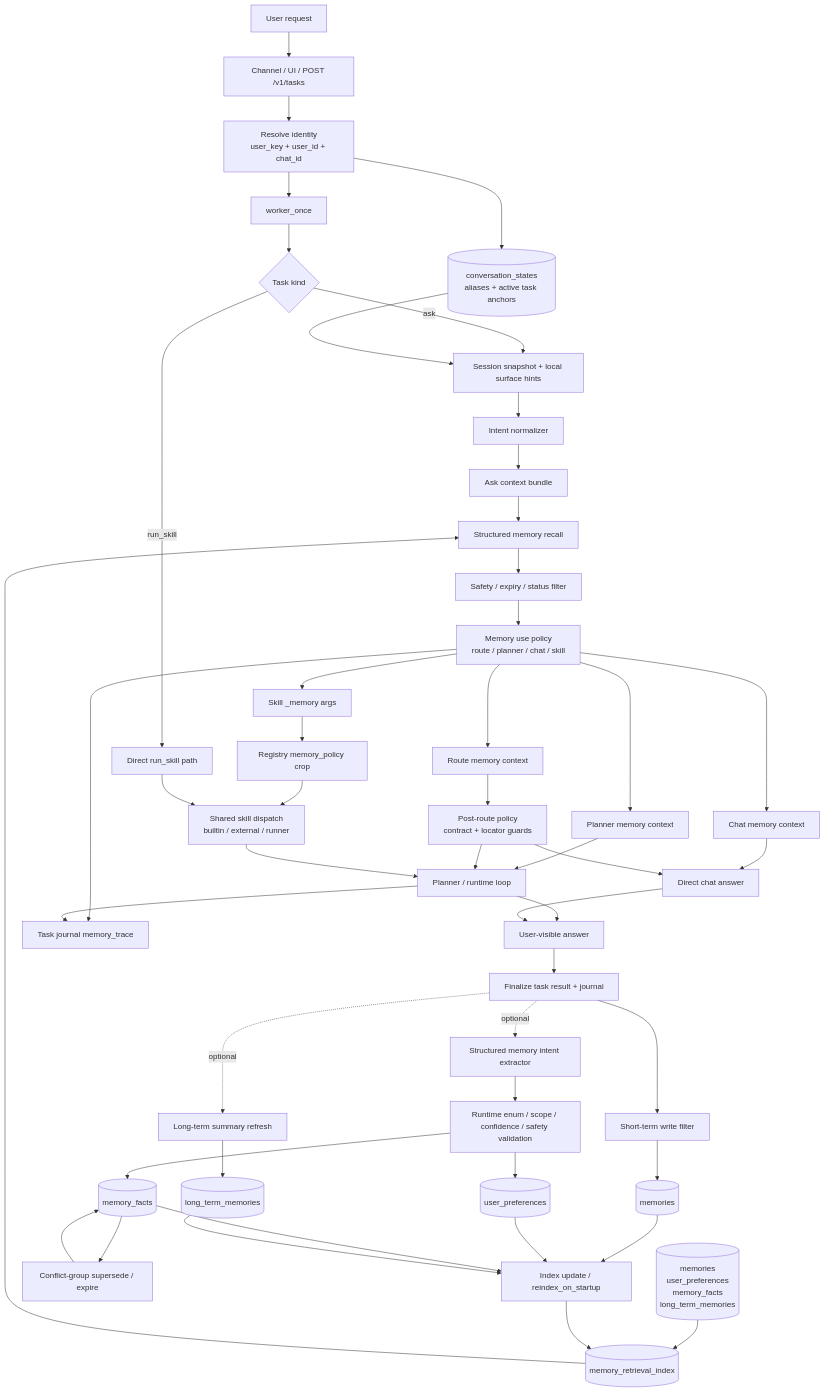
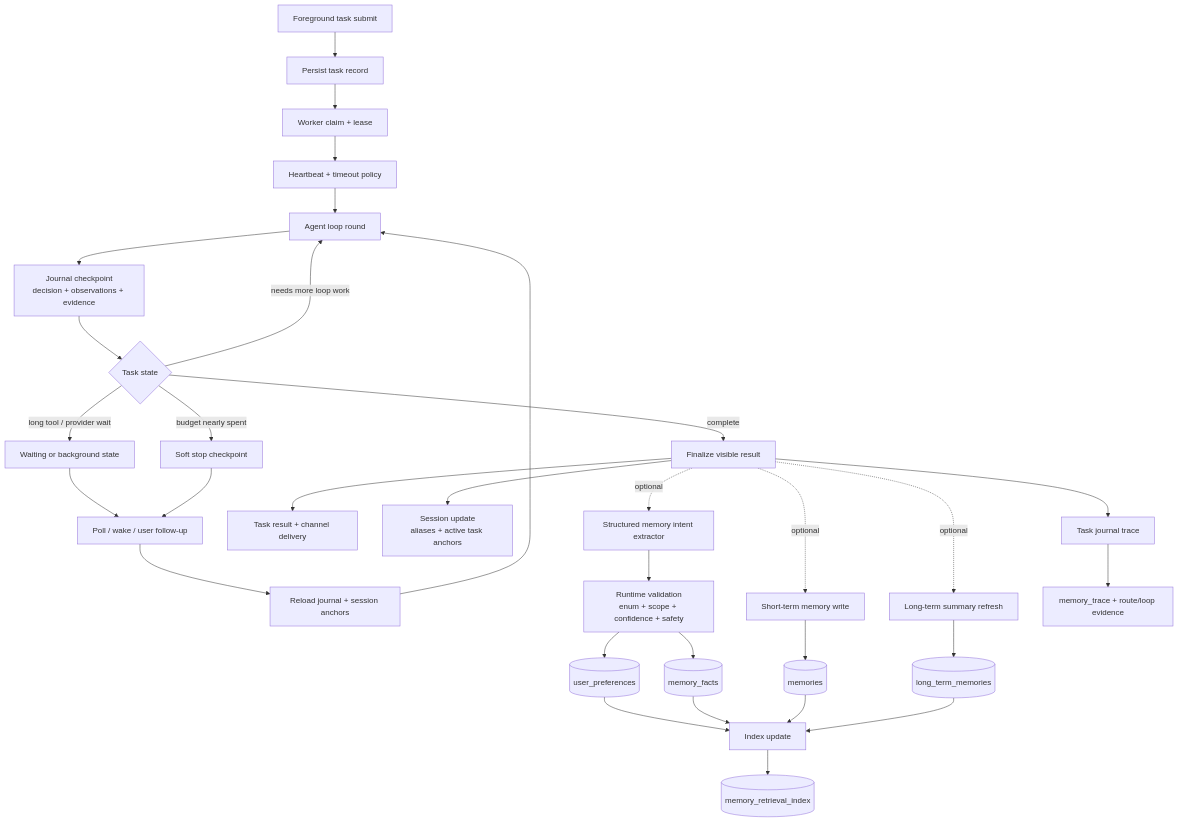
Before and after one commit to MatrixCoreX/RustClaw: the third of 3 diagrams in README.md, drawn with Mermaid. The commit also changed other lines of this file and 325 other files, not shown here.

Commit message:
Converge agent loop routing and task runtime

````diff
--- a/README.md
+++ b/README.md
@@ -362,51 +275,34 @@
 ```mermaid
 flowchart TD
-    User[User request] --> Ingress[Channel / UI / POST /v1/tasks]
-    Ingress --> Identity[Resolve identity<br/>user_key + user_id + chat_id]
-    Identity --> Session[(conversation_states<br/>aliases + active task anchors)]
-    Identity --> Worker[worker_once]
-    Worker --> Kind{Task kind}
-    Kind -->|run_skill| DirectSkill[Direct run_skill path]
-    Kind -->|ask| Snapshot[Session snapshot + local surface hints]
-    Session --> Snapshot
-    Snapshot --> Normalizer[Intent normalizer]
-    Normalizer --> Bundle[Ask context bundle]
-    Bundle --> Recall[Structured memory recall]
-    Index[(memory_retrieval_index)] --> Recall
-    Stores[(memories<br/>user_preferences<br/>memory_facts<br/>long_term_memories)] --> Index
-    Recall --> Safety[Safety / expiry / status filter]
-    Safety --> Policy[Memory use policy<br/>route / planner / chat / skill]
-    Policy --> RouteCtx[Route memory context]
-    Policy --> PlannerCtx[Planner memory context]
-    Policy --> ChatCtx[Chat memory context]
-    Policy --> SkillArgs[Skill _memory args]
-    SkillArgs --> SkillPolicy[Registry memory_policy crop]
-    RouteCtx --> PostRoute[Post-route policy<br/>contract + locator guards]
-    PlannerCtx --> Runtime[Planner / runtime loop]
-    ChatCtx --> Chat[Direct chat answer]
-    SkillPolicy --> SkillRuntime[Shared skill dispatch<br/>builtin / external / runner]
-    PostRoute --> Runtime
-    PostRoute --> Chat
-    DirectSkill --> SkillRuntime
-    SkillRuntime --> Runtime
-    Runtime --> Visible[User-visible answer]
-    Chat --> Visible
-    Visible --> Finalize[Finalize task result + journal]
-    Finalize --> RecentWrite[Short-term write filter]
-    RecentWrite --> Memories[(memories)]
-    Finalize -. optional .-> MemIntent[Structured memory intent extractor]
-    MemIntent --> Validate[Runtime enum / scope / confidence / safety validation]
-    Validate --> Prefs[(user_preferences)]
-    Validate --> Facts[(memory_facts)]
-    Finalize -. optional .-> Summary[Long-term summary refresh]
-    Summary --> LongTerm[(long_term_memories)]
-    Facts --> Conflict[Conflict-group supersede / expire]
-    Conflict --> Facts
-    Memories --> Reindex[Index update / reindex_on_startup]
-    Prefs --> Reindex
-    Facts --> Reindex
-    LongTerm --> Reindex
-    Reindex --> Index
-    Policy --> Trace[Task journal memory_trace]
-    Runtime --> Trace
+    A[Foreground task submit] --> B[Persist task record]
+    B --> C[Worker claim + lease]
+    C --> D[Heartbeat + timeout policy]
+    D --> E[Agent loop round]
+    E --> F[Journal checkpoint<br/>decision + observations + evidence]
+    F --> G{Task state}
+    G -->|needs more loop work| E
+    G -->|long tool / provider wait| H[Waiting or background state]
+    G -->|budget nearly spent| I[Soft stop checkpoint]
+    G -->|complete| J[Finalize visible result]
+    H --> K[Poll / wake / user follow-up]
+    I --> K
+    K --> L[Reload journal + session anchors]
+    L --> E
+    J --> M[Task result + channel delivery]
+    J --> N[Session update<br/>aliases + active task anchors]
+    J --> O[Task journal trace]
+    J -. optional .-> P[Structured memory intent extractor]
+    P --> Q[Runtime validation<br/>enum + scope + confidence + safety]
+    Q --> R[(user_preferences)]
+    Q --> S[(memory_facts)]
+    J -. optional .-> T[Short-term memory write]
+    T --> U[(memories)]
+    J -. optional .-> V[Long-term summary refresh]
+    V --> W[(long_term_memories)]
+    R --> X[Index update]
+    S --> X
+    U --> X
+    W --> X
+    X --> Y[(memory_retrieval_index)]
+    O --> Z[memory_trace + route/loop evidence]
 ```
````
